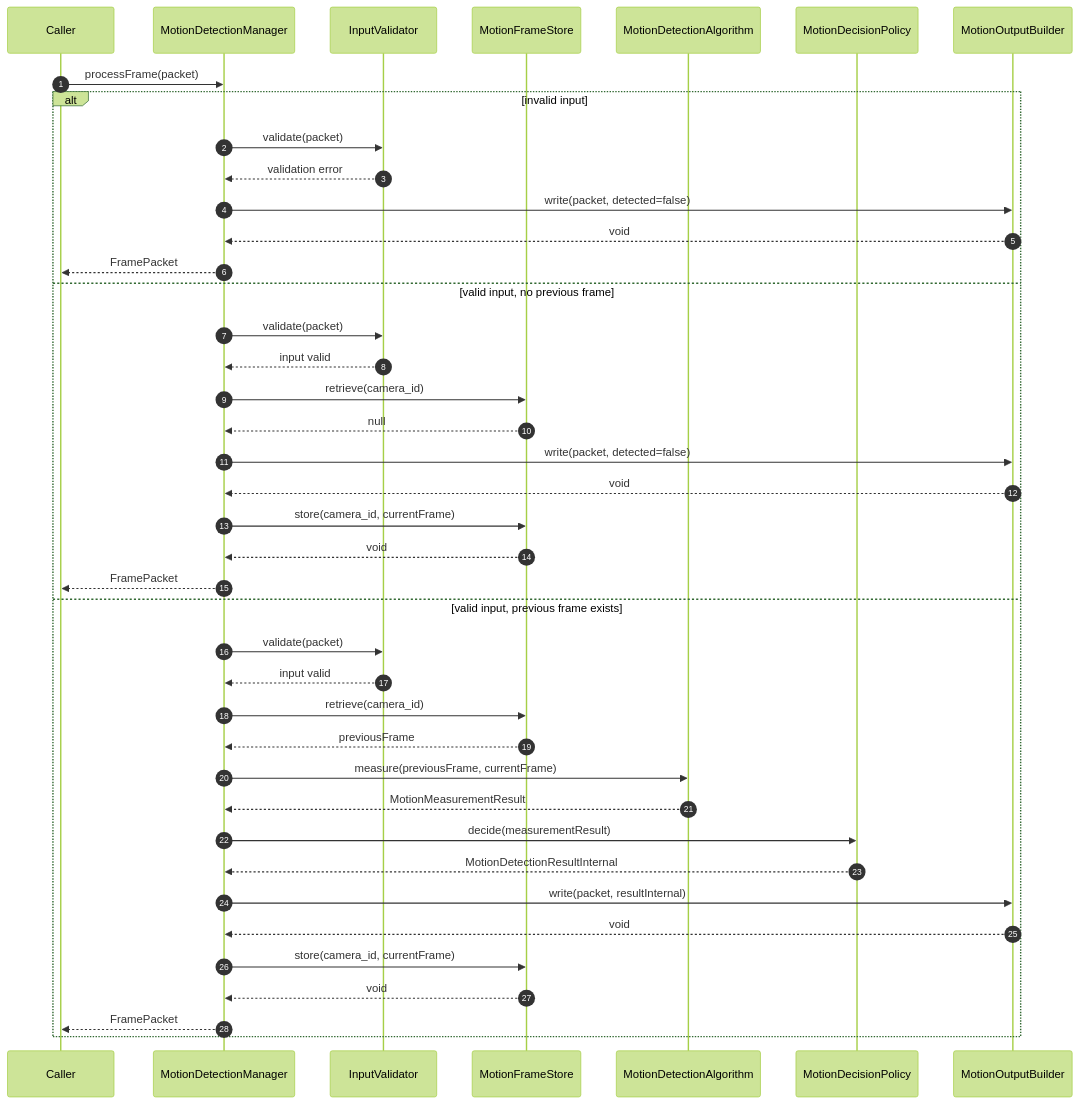
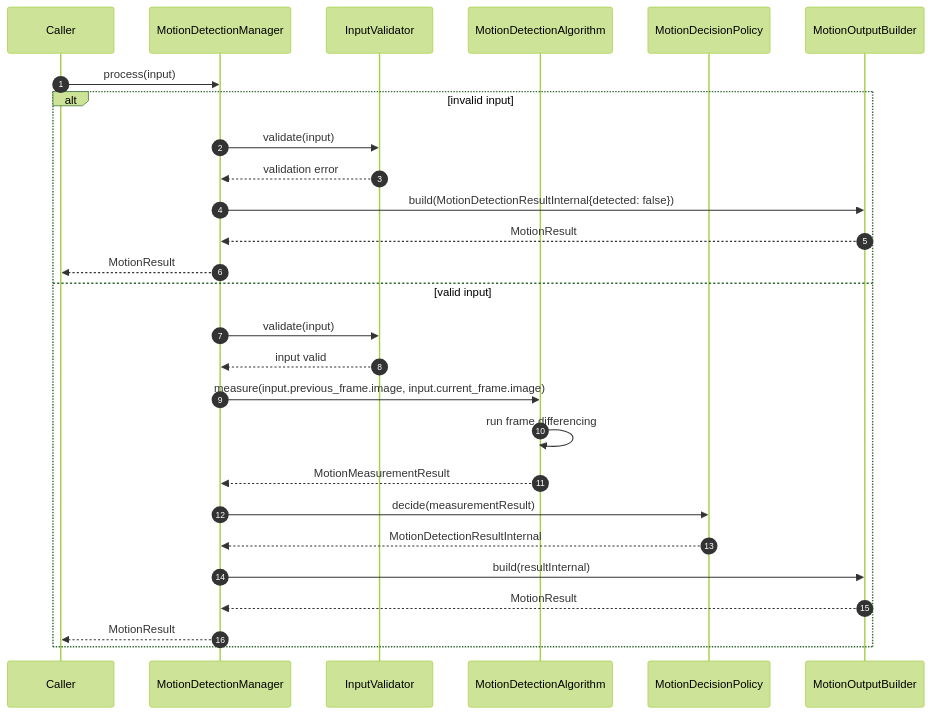
Before and after one commit to talifruman/camera-recognition: the second of 3 diagrams in doc/image_processing_service/motion_detection.md, drawn with Mermaid (forest theme). The commit also changed other lines of this file and 105 other files, not shown here.

Commit message:
Add motion detection module and IPS manager docs, remove frame_cropping doc

````diff
--- a/doc/image_processing_service/motion_detection.md
+++ b/doc/image_processing_service/motion_detection.md
@@ -464,45 +467,31 @@
 ```mermaid
 sequenceDiagram
     autonumber
     participant Caller
     participant Manager as MotionDetectionManager
     participant Validator as InputValidator
-    participant Store as MotionFrameStore
     participant Alg as MotionDetectionAlgorithm
     participant Policy as MotionDecisionPolicy
     participant Builder as MotionOutputBuilder
 
-    Caller->>Manager: processFrame(packet)
+    Caller->>Manager: process(input)
 
     alt invalid input
-        Manager->>Validator: validate(packet)
+        Manager->>Validator: validate(input)
         Validator-->>Manager: validation error
-        Manager->>Builder: write(packet, detected=false)
-        Builder-->>Manager: void
-        Manager-->>Caller: FramePacket
-    else valid input, no previous frame
-        Manager->>Validator: validate(packet)
+        Manager->>Builder: build(MotionDetectionResultInternal{detected: false})
+        Builder-->>Manager: MotionResult
+        Manager-->>Caller: MotionResult
+    else valid input
+        Manager->>Validator: validate(input)
         Validator-->>Manager: input valid
-        Manager->>Store: retrieve(camera_id)
-        Store-->>Manager: null
-        Manager->>Builder: write(packet, detected=false)
-        Builder-->>Manager: void
-        Manager->>Store: store(camera_id, currentFrame)
-        Store-->>Manager: void
-        Manager-->>Caller: FramePacket
-    else valid input, previous frame exists
-        Manager->>Validator: validate(packet)
-        Validator-->>Manager: input valid
-        Manager->>Store: retrieve(camera_id)
-        Store-->>Manager: previousFrame
-        Manager->>Alg: measure(previousFrame, currentFrame)
+        Manager->>Alg: measure(input.previous_frame.image, input.current_frame.image)
+        Alg->>Alg: run frame differencing
         Alg-->>Manager: MotionMeasurementResult
         Manager->>Policy: decide(measurementResult)
         Policy-->>Manager: MotionDetectionResultInternal
-        Manager->>Builder: write(packet, resultInternal)
-        Builder-->>Manager: void
-        Manager->>Store: store(camera_id, currentFrame)
-        Store-->>Manager: void
-        Manager-->>Caller: FramePacket
+        Manager->>Builder: build(resultInternal)
+        Builder-->>Manager: MotionResult
+        Manager-->>Caller: MotionResult
     end
 ```
````
